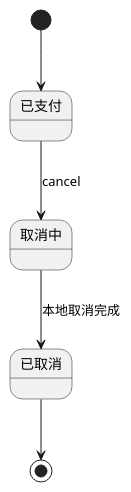
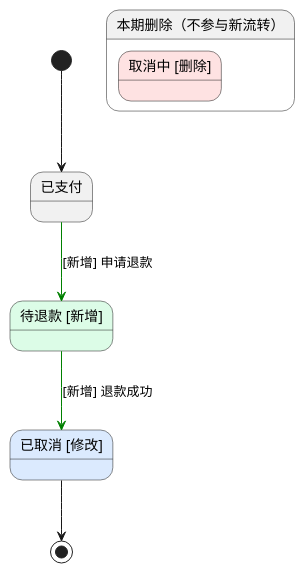
The first of 2 diagrams in keel-plan/skills/keel-plan/assets/plan-template.md (Leeycw96/harness-project), drawn with PlantUML before and after one commit. The commit also changed other lines of this file and 9 other files, not shown here.

````diff
--- a/keel-plan/skills/keel-plan/assets/plan-template.md
+++ b/keel-plan/skills/keel-plan/assets/plan-template.md
@@ -11,11 +23,14 @@
 ```plantuml
 @startuml
 state "已支付" as PAID
-state "取消中" as CANCELLING
-state "已取消" as CANCELLED
+state "待退款 [新增]" as REFUND_PENDING #DCFCE7
+state "已取消 [修改]" as CANCELLED #DBEAFE
 [*] --> PAID
-PAID --> CANCELLING : cancel
-CANCELLING --> CANCELLED : 本地取消完成
+PAID -[#green]-> REFUND_PENDING : [新增] 申请退款
+REFUND_PENDING -[#green]-> CANCELLED : [新增] 退款成功
 CANCELLED --> [*]
+state "本期删除（不参与新流转）" as REMOVED {
+  state "取消中 [删除]" as CANCELLING #FEE2E2
+}
 @enduml
 ```
````
